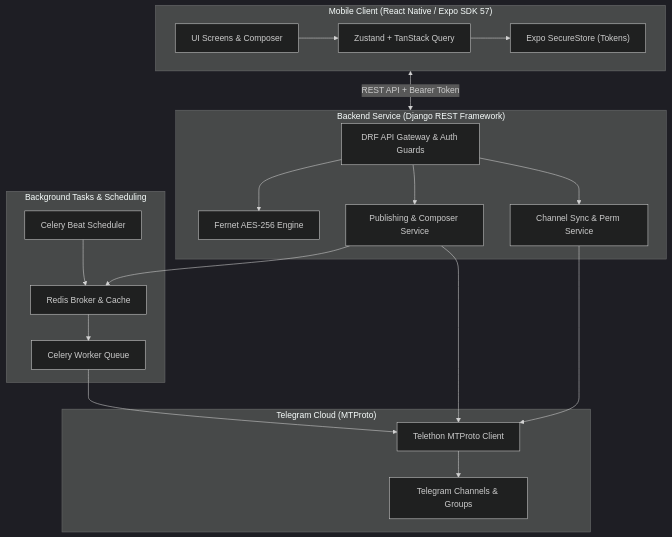
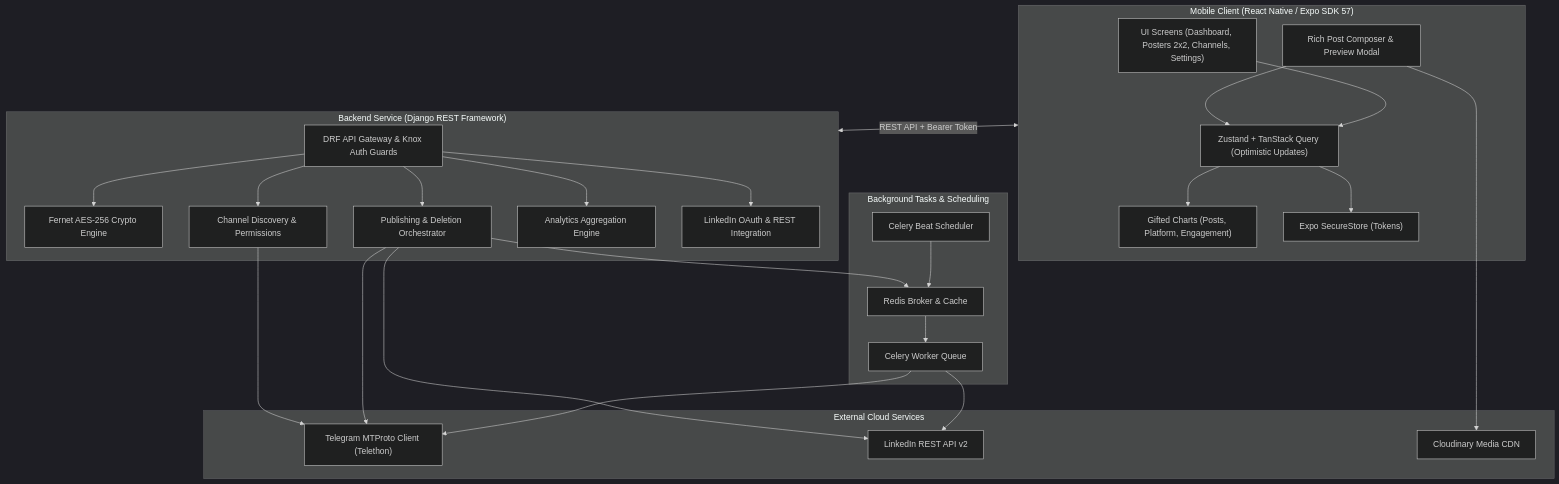
Before and after one commit to mubarek-hassen-buli/Postly: the diagram in README.md, drawn with Mermaid (dark theme). The commit also changed other lines of this file and 15 other files, not shown here.

Commit message:
feat: add React Native mobile application with analytics, post management, and channel components

````diff
--- a/README.md
+++ b/README.md
@@ -62,40 +76,53 @@
 ```mermaid
 flowchart TD
     subgraph MobileApp ["Mobile Client (React Native / Expo SDK 57)"]
-        UI["UI Screens & Composer"]
-        State["Zustand + TanStack Query"]
+        UI["UI Screens (Dashboard, Posters 2x2, Channels, Settings)"]
+        Composer["Rich Post Composer & Preview Modal"]
+        State["Zustand + TanStack Query (Optimistic Updates)"]
+        Charts["Gifted Charts (Posts, Platform, Engagement)"]
         Secure["Expo SecureStore (Tokens)"]
+        
         UI --> State
+        Composer --> State
+        State --> Charts
         State --> Secure
     end
 
     subgraph BackendAPI ["Backend Service (Django REST Framework)"]
-        Gateway["DRF API Gateway & Auth Guards"]
-        Crypto["Fernet AES-256 Engine"]
-        ChannelSvc["Channel Sync & Perm Service"]
-        PostSvc["Publishing & Composer Service"]
+        Gateway["DRF API Gateway & Knox Auth Guards"]
+        Crypto["Fernet AES-256 Crypto Engine"]
+        ChannelSvc["Channel Discovery & Permissions"]
+        PostSvc["Publishing & Deletion Orchestrator"]
+        AnalyticsSvc["Analytics Aggregation Engine"]
+        LinkedInSvc["LinkedIn OAuth & REST Integration"]
+        
         Gateway --> Crypto
         Gateway --> ChannelSvc
         Gateway --> PostSvc
+        Gateway --> AnalyticsSvc
+        Gateway --> LinkedInSvc
     end
 
     subgraph AsyncWorker ["Background Tasks & Scheduling"]
         CeleryWorker["Celery Worker Queue"]
         CeleryBeat["Celery Beat Scheduler"]
         RedisBroker["Redis Broker & Cache"]
         CeleryBeat --> RedisBroker
         RedisBroker --> CeleryWorker
     end
 
-    subgraph TelegramCore ["Telegram Cloud (MTProto)"]
-        MTProto["Telethon MTProto Client"]
-        TGChannels["Telegram Channels & Groups"]
-        MTProto --> TGChannels
+    subgraph ExternalServices ["External Cloud Services"]
+        MTProto["Telegram MTProto Client (Telethon)"]
+        LinkedInAPI["LinkedIn REST API v2"]
+        Cloudinary["Cloudinary Media CDN"]
     end
 
     MobileApp <-->|REST API + Bearer Token| BackendAPI
     PostSvc --> RedisBroker
     CeleryWorker --> MTProto
+    CeleryWorker --> LinkedInAPI
     PostSvc --> MTProto
+    PostSvc --> LinkedInAPI
     ChannelSvc --> MTProto
+    Composer --> Cloudinary
 ```
````
